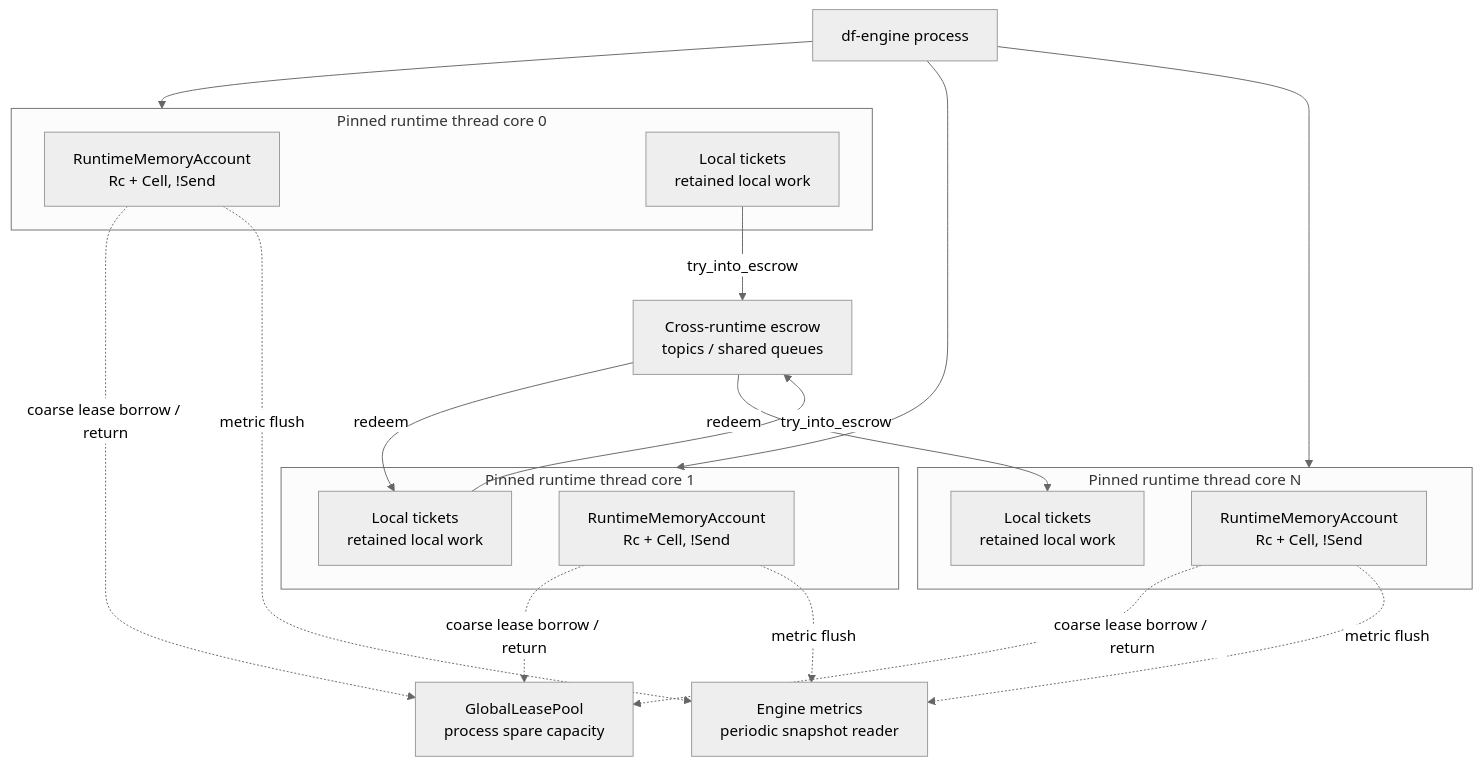
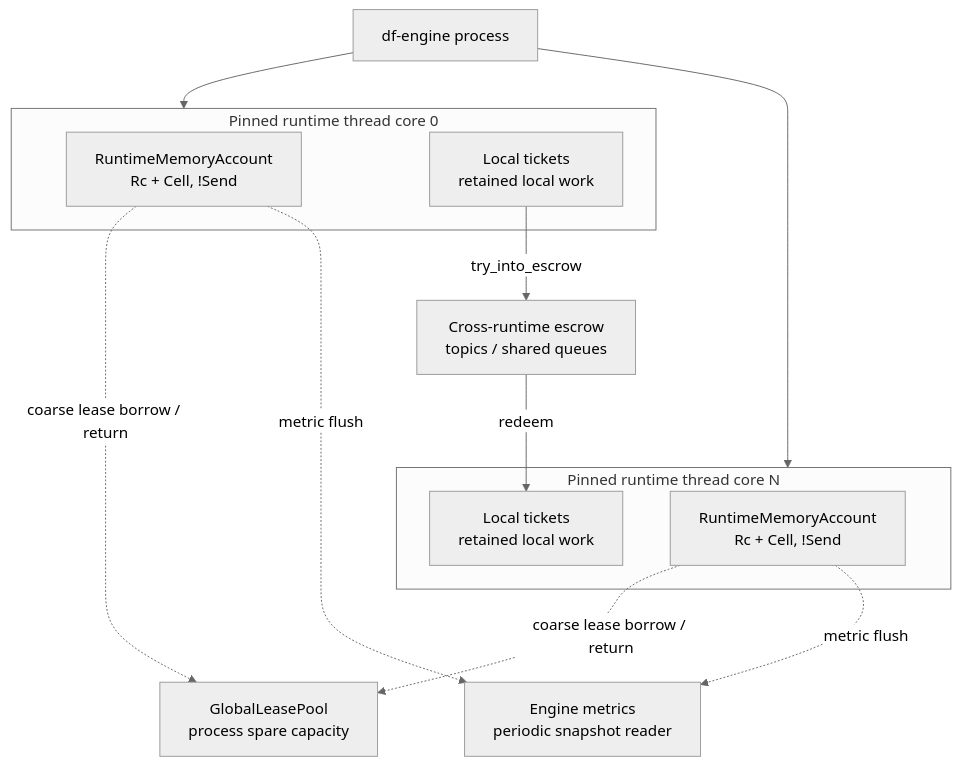
The second of 5 diagrams in rust/otap-dataflow/docs/memory-limiter-phase2.md (lalitb/otel-arrow), drawn with Mermaid (neutral theme) before and after one commit.

Commit message:
Simplify memory budget topology diagram

````diff
--- a/rust/otap-dataflow/docs/memory-limiter-phase2.md
+++ b/rust/otap-dataflow/docs/memory-limiter-phase2.md
@@ -269,39 +269,29 @@
 ```mermaid
 flowchart TB
     Process["df-engine process"]
     Pool["GlobalLeasePool<br/>process spare capacity"]
     Escrow["Cross-runtime escrow<br/>topics / shared queues"]
     Metrics["Engine metrics<br/>periodic snapshot reader"]
 
-    Process --> R1
-    Process --> R2
+    Process --> R0
     Process --> RN
 
-    subgraph R1["Pinned runtime thread core 0"]
-        A1["RuntimeMemoryAccount<br/>Rc + Cell, !Send"]
-        T1["Local tickets<br/>retained local work"]
-    end
-
-    subgraph R2["Pinned runtime thread core 1"]
-        A2["RuntimeMemoryAccount<br/>Rc + Cell, !Send"]
-        T2["Local tickets<br/>retained local work"]
+    subgraph R0["Pinned runtime thread core 0"]
+        A0["RuntimeMemoryAccount<br/>Rc + Cell, !Send"]
+        T0["Local tickets<br/>retained local work"]
     end
 
     subgraph RN["Pinned runtime thread core N"]
         AN["RuntimeMemoryAccount<br/>Rc + Cell, !Send"]
         TN["Local tickets<br/>retained local work"]
     end
 
-    A1 -. "coarse lease borrow / return" .-> Pool
-    A2 -. "coarse lease borrow / return" .-> Pool
+    A0 -. "coarse lease borrow / return" .-> Pool
     AN -. "coarse lease borrow / return" .-> Pool
 
-    T1 -->|"try_into_escrow"| Escrow
-    Escrow -->|"redeem"| T2
-    T2 -->|"try_into_escrow"| Escrow
+    T0 -->|"try_into_escrow"| Escrow
     Escrow -->|"redeem"| TN
 
-    A1 -. "metric flush" .-> Metrics
-    A2 -. "metric flush" .-> Metrics
+    A0 -. "metric flush" .-> Metrics
     AN -. "metric flush" .-> Metrics
 ```
````
